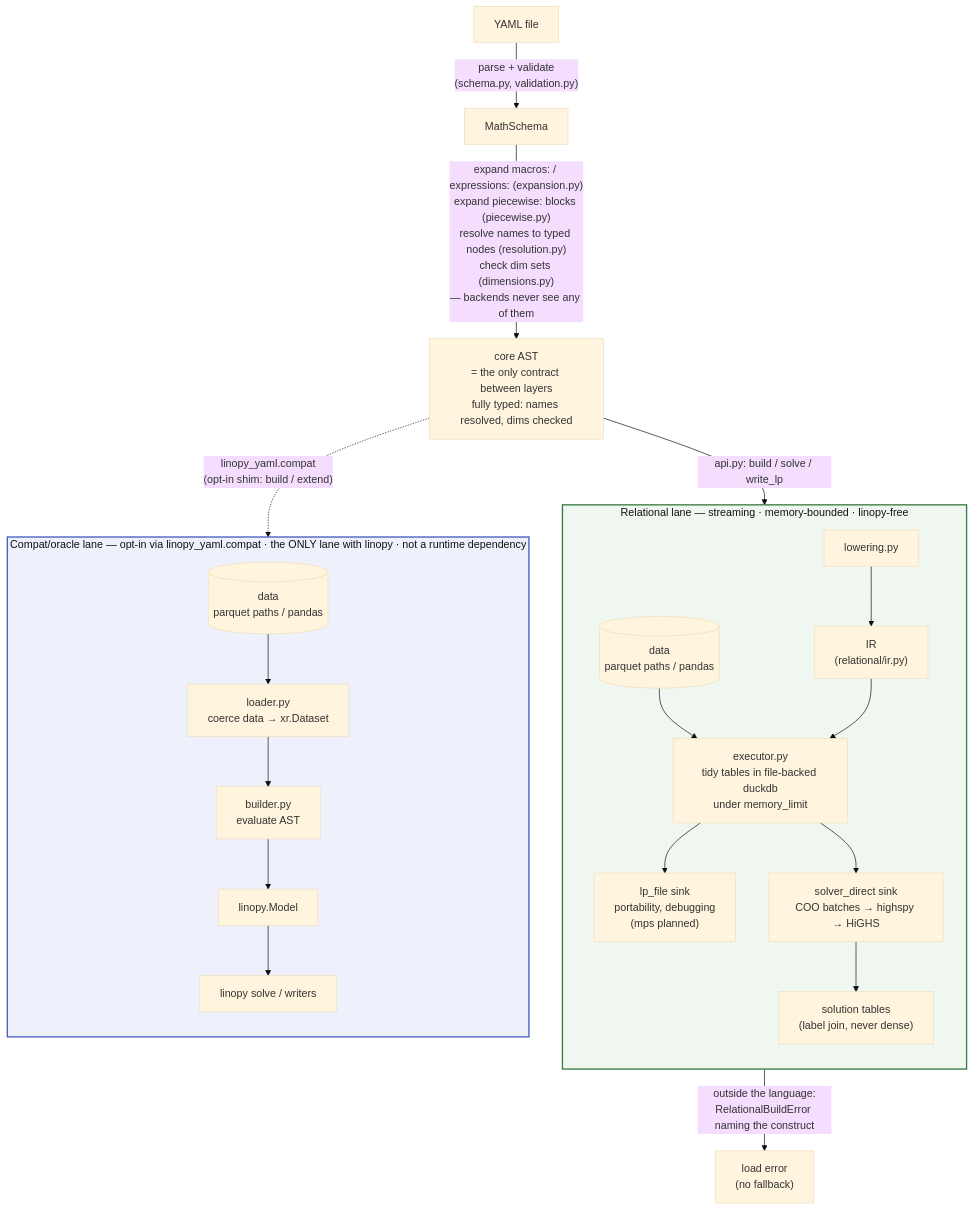
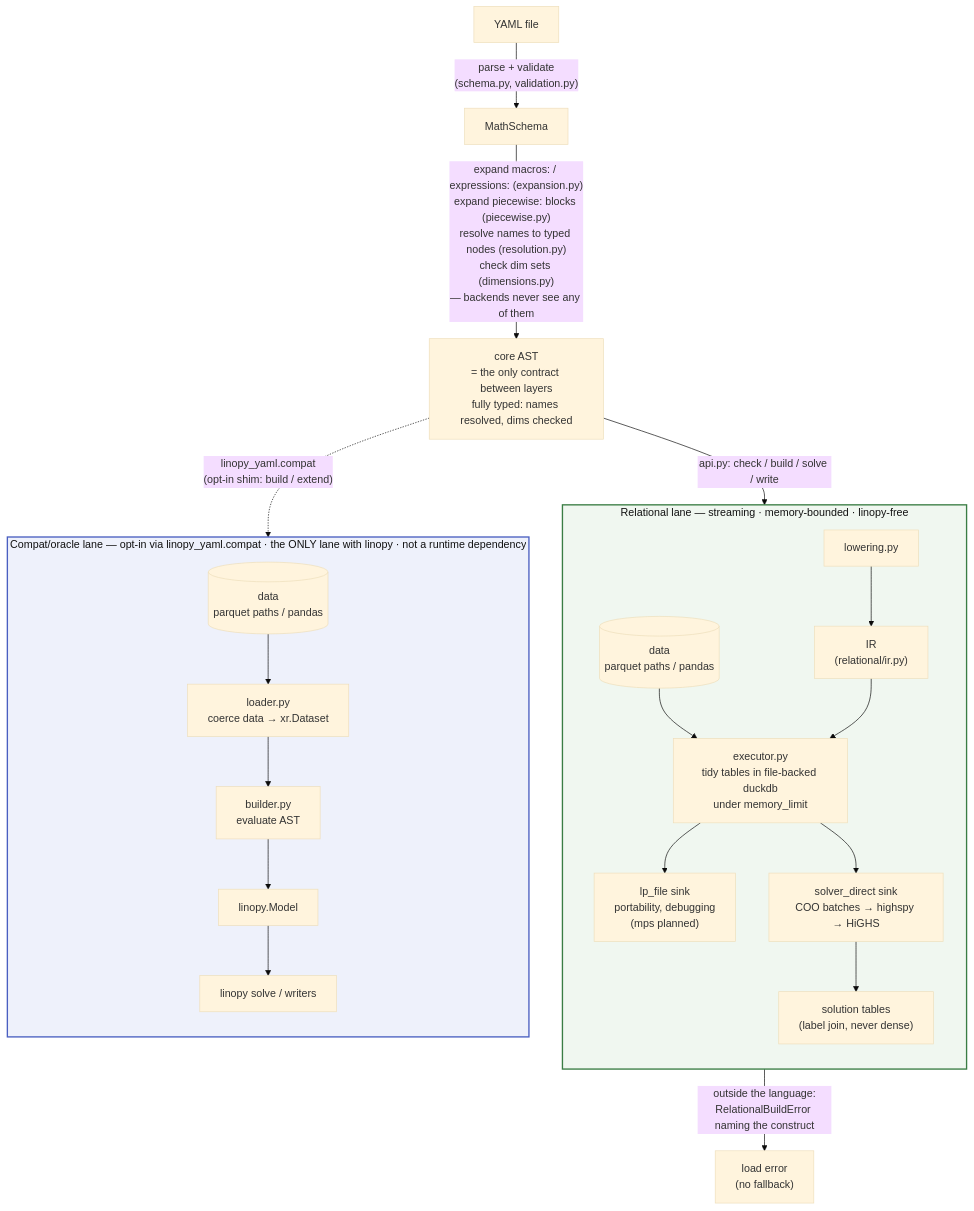
The diagram in ARCHITECTURE.md (FBumann/farkas), drawn with Mermaid (base theme) before and after one commit. The commit also changed other lines of this file and 12 other files, not shown here.

````diff
--- a/ARCHITECTURE.md
+++ b/ARCHITECTURE.md
@@ -19,30 +16,30 @@
 ```mermaid
 flowchart TB
     Y[YAML file] -->|"parse + validate<br/>(schema.py, validation.py)"| MS[MathSchema]
     MS -->|"expand macros: / expressions: (expansion.py)<br/>expand piecewise: blocks (piecewise.py)<br/>resolve names to typed nodes (resolution.py)<br/>check dim sets (dimensions.py)<br/>— backends never see any of them"| AST["core AST<br/>= the only contract between layers<br/>fully typed: names resolved, dims checked"]
-    AST -->|"api.py: build / solve / write_lp"| LOWER
+    AST -->|"api.py: check / build / solve / write"| LOWER
     AST -.->|"linopy_yaml.compat<br/>(opt-in shim: build / extend)"| BUILD
     LOWER -->|"outside the language:<br/>RelationalBuildError naming the construct"| ERR["load error<br/>(no fallback)"]
 
     subgraph REL["Relational lane — streaming · memory-bounded · linopy-free"]
         direction TB
         LOWER["lowering.py"] --> IR["IR<br/>(relational/ir.py)"]
         DR[("data<br/>parquet paths / pandas")] --> EXEC
         IR --> EXEC["executor.py<br/>tidy tables in file-backed duckdb<br/>under memory_limit"]
         EXEC --> LPS["lp_file sink<br/>portability, debugging<br/>(mps planned)"]
         EXEC --> DIRECT["solver_direct sink<br/>COO batches → highspy → HiGHS"]
         DIRECT --> SOL["solution tables<br/>(label join, never dense)"]
     end
 
     subgraph EAGER["Compat/oracle lane — opt-in via linopy_yaml.compat · the ONLY lane with linopy · not a runtime dependency"]
         direction TB
         DE[("data<br/>parquet paths / pandas")] --> LOAD["loader.py<br/>coerce data → xr.Dataset"]
         LOAD --> BUILD["builder.py<br/>evaluate AST"]
         BUILD --> MODEL[linopy.Model] --> SOLVE["linopy solve / writers"]
     end
 
     classDef laneR fill:#f0f7f0,stroke:#3a7d44,stroke-width:2px,color:#111
     classDef laneE fill:#eef1fb,stroke:#4a5fc1,stroke-width:2px,color:#111
     class REL laneR
     class EAGER laneE
 ```
````
